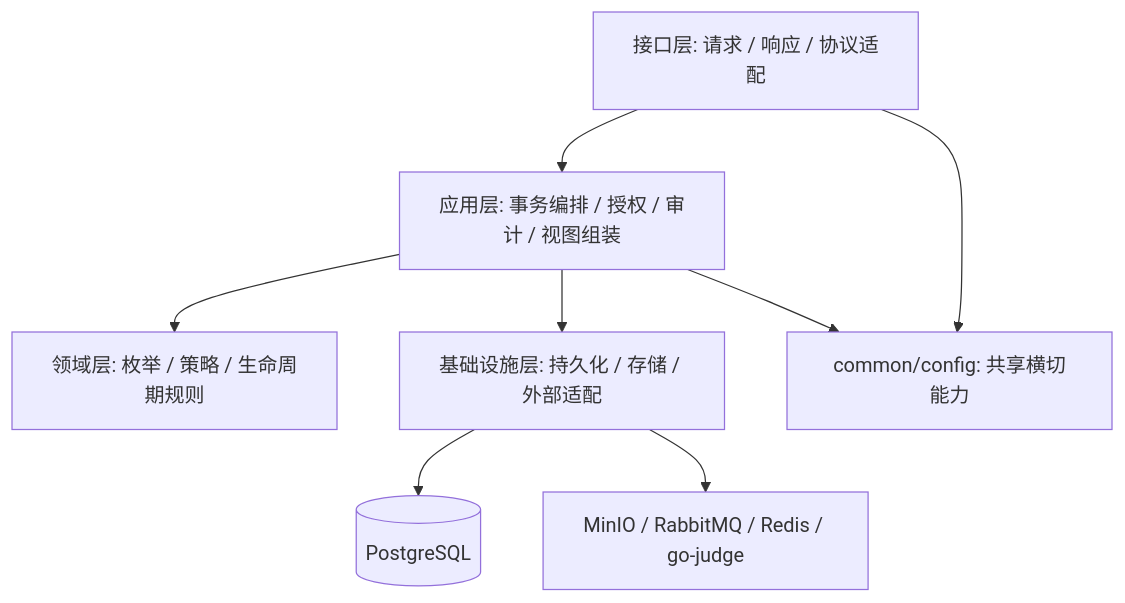
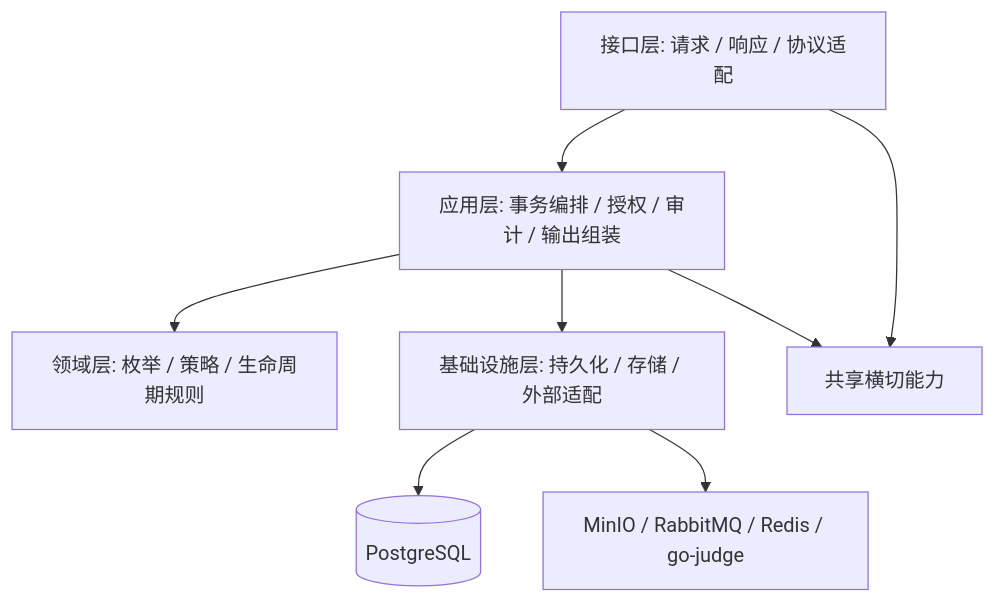
The second of 36 diagrams in 02-process-docs/detailed-design.md (BUAA-SEProject/docs), drawn with Mermaid before and after one commit. The commit also changed other lines of this file and 3 other files, not shown here.

````diff
--- a/02-process-docs/detailed-design.md
+++ b/02-process-docs/detailed-design.md
@@ -123,18 +123,18 @@
 ```mermaid
 flowchart TB
-  Controller["接口层: 请求 / 响应 / 协议适配"]
-  Application["应用层: 事务编排 / 授权 / 审计 / 视图组装"]
+  Interface["接口层: 请求 / 响应 / 协议适配"]
+  Application["应用层: 事务编排 / 授权 / 审计 / 输出组装"]
   Domain["领域层: 枚举 / 策略 / 生命周期规则"]
   Infrastructure["基础设施层: 持久化 / 存储 / 外部适配"]
-  Common["common/config: 共享横切能力"]
+  Common["共享横切能力"]
   Database[(PostgreSQL)]
   External["MinIO / RabbitMQ / Redis / go-judge"]
 
-  Controller --> Application
+  Interface --> Application
   Application --> Domain
   Application --> Infrastructure
   Infrastructure --> Database
   Infrastructure --> External
-  Controller --> Common
+  Interface --> Common
   Application --> Common
 ```
````
